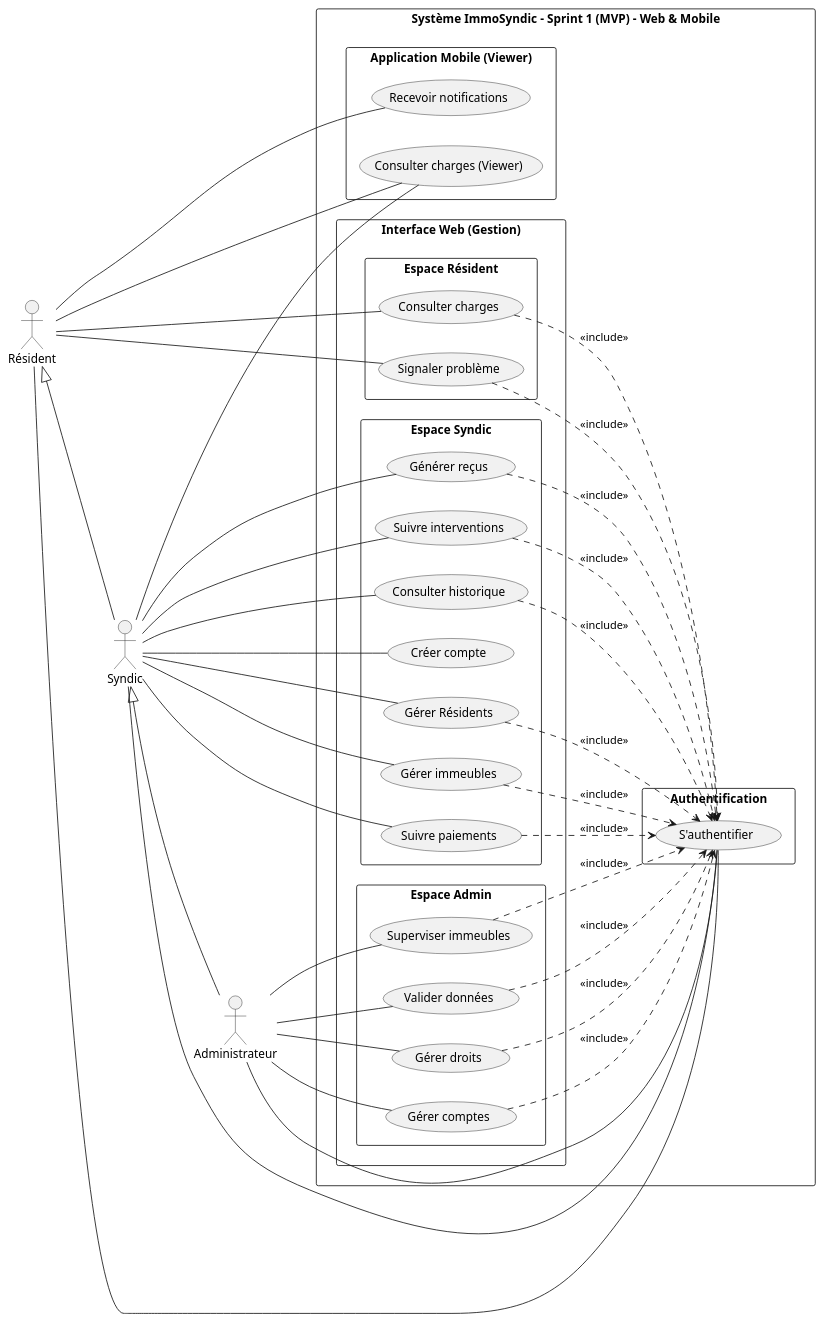
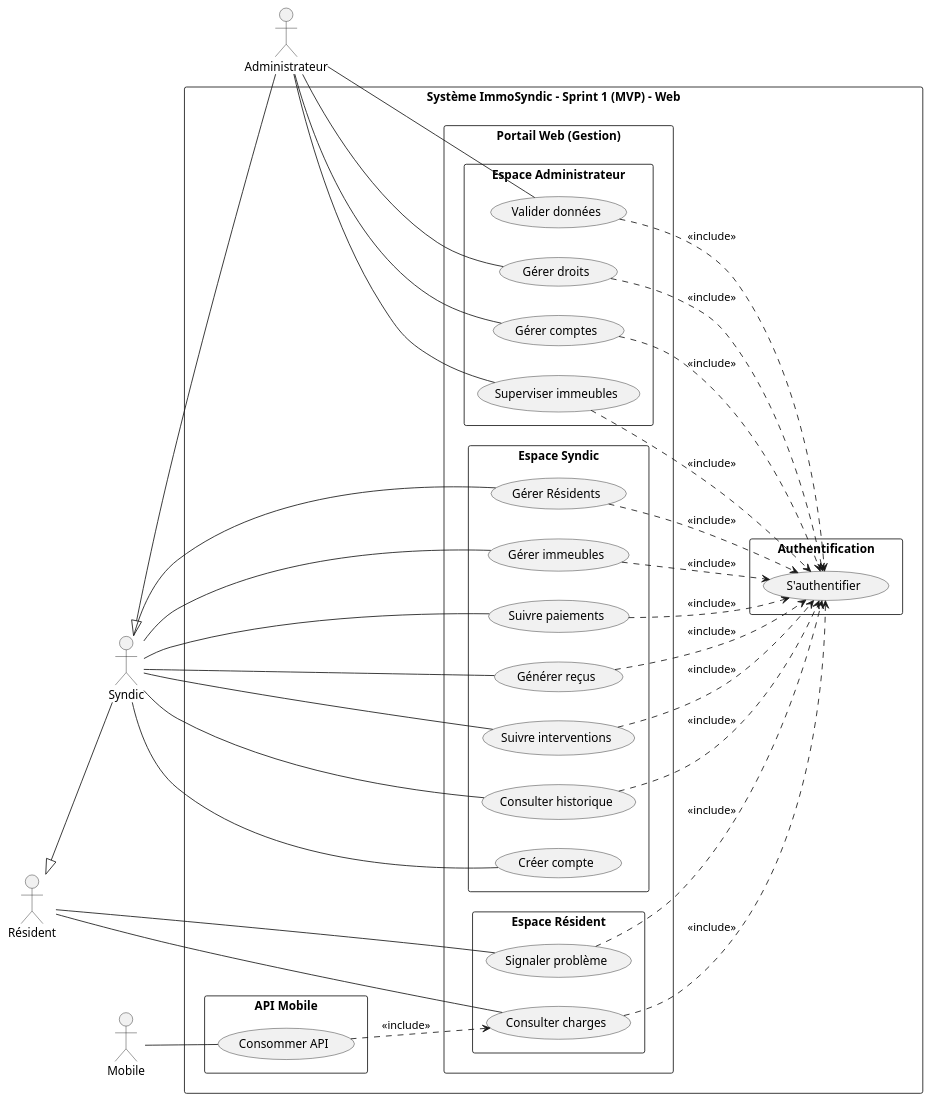
Before and after one commit to fadna-lakhouchen/Projet-finale: the diagram in analyse/ideation/cas_utilisation/use_case_sprint1_MVP.puml, drawn with PlantUML. The commit also changed 39 other files, not shown here.

```diff
--- a/analyse/ideation/cas_utilisation/use_case_sprint1_MVP.puml
+++ b/analyse/ideation/cas_utilisation/use_case_sprint1_MVP.puml
@@ -1,90 +1,84 @@
-@startuml ImmoSyndic_Sprint_1_MVP
+@startuml ImmoSyndic_MVP_Web
 left to right direction
 skinparam packageStyle rectangle
 skinparam shadowing false
 
-' Actors
 actor "Résident" as Resident
 actor "Syndic" as Syndic
 actor "Administrateur" as Admin
+actor "Mobile" as Mobile
 
 ' Hierarchy
 Resident <|-- Syndic
 Syndic <|-- Admin
 
-rectangle "Système ImmoSyndic - Sprint 1 (MVP) - Web & Mobile" {
+rectangle "Système ImmoSyndic - Sprint 1 (MVP) - Web" {
 
   package "Authentification" {
     usecase "S'authentifier" as Auth
   }
 
-  package "Interface Web (Gestion)" {
+  package "Portail Web (Gestion)" {
     package "Espace Résident" {
       usecase "Consulter charges" as ViewCharges
       usecase "Signaler problème" as ReportIssue
     }
     package "Espace Syndic" {
       usecase "Créer compte" as Register
       usecase "Gérer Résidents" as ManageResidents
       usecase "Gérer immeubles" as ManageBuildings
       usecase "Suivre paiements" as TrackPayments
       usecase "Générer reçus" as GenReceipts
       usecase "Suivre interventions" as TrackInterventions
       usecase "Consulter historique" as ViewHistory
     }
-    package "Espace Admin" {
+    package "Espace Administrateur" {
       usecase "Gérer comptes" as ManageUsers
       usecase "Superviser immeubles" as Supervise
       usecase "Valider données" as ValidateData
       usecase "Gérer droits" as ManageRoles
     }
   }
 
-  package "Application Mobile (Viewer)" {
-    usecase "Consulter charges (Viewer)" as MobileViewCharges
-    usecase "Recevoir notifications" as MobileNotifs
+  package "API Mobile" {
+    usecase "Consommer API" as ConsumeAPI
+    
+    ConsumeAPI ..> ViewCharges : <<include>>
   }
 
-  ' Includes Logic (Linking functional use cases to Auth)
+  ' Includes
   ViewCharges ..> Auth : <<include>>
   ReportIssue ..> Auth : <<include>>
-  
   ManageResidents ..> Auth : <<include>>
   ManageBuildings ..> Auth : <<include>>
   TrackPayments ..> Auth : <<include>>
   GenReceipts ..> Auth : <<include>>
   TrackInterventions ..> Auth : <<include>>
   ViewHistory ..> Auth : <<include>>
-
   ManageUsers ..> Auth : <<include>>
   Supervise ..> Auth : <<include>>
   ValidateData ..> Auth : <<include>>
   ManageRoles ..> Auth : <<include>>
 }
 
-' Connections Web
-Resident -- Auth
+' Connections
 Resident -- ViewCharges
 Resident -- ReportIssue
 
-Syndic -- Auth
 Syndic -- Register
 Syndic -- ManageResidents
 Syndic -- ManageBuildings
 Syndic -- TrackPayments
 Syndic -- GenReceipts
 Syndic -- TrackInterventions
 Syndic -- ViewHistory
 
-Admin -- Auth
 Admin -- ManageUsers
 Admin -- Supervise
 Admin -- ValidateData
 Admin -- ManageRoles
 
-' Connections Mobile (Public/Private split usually happens at Auth)
-Resident -- MobileViewCharges
-Resident -- MobileNotifs
-Syndic -- MobileViewCharges
+' Connections Mobile
+Mobile -- ConsumeAPI
 
 @enduml
```
